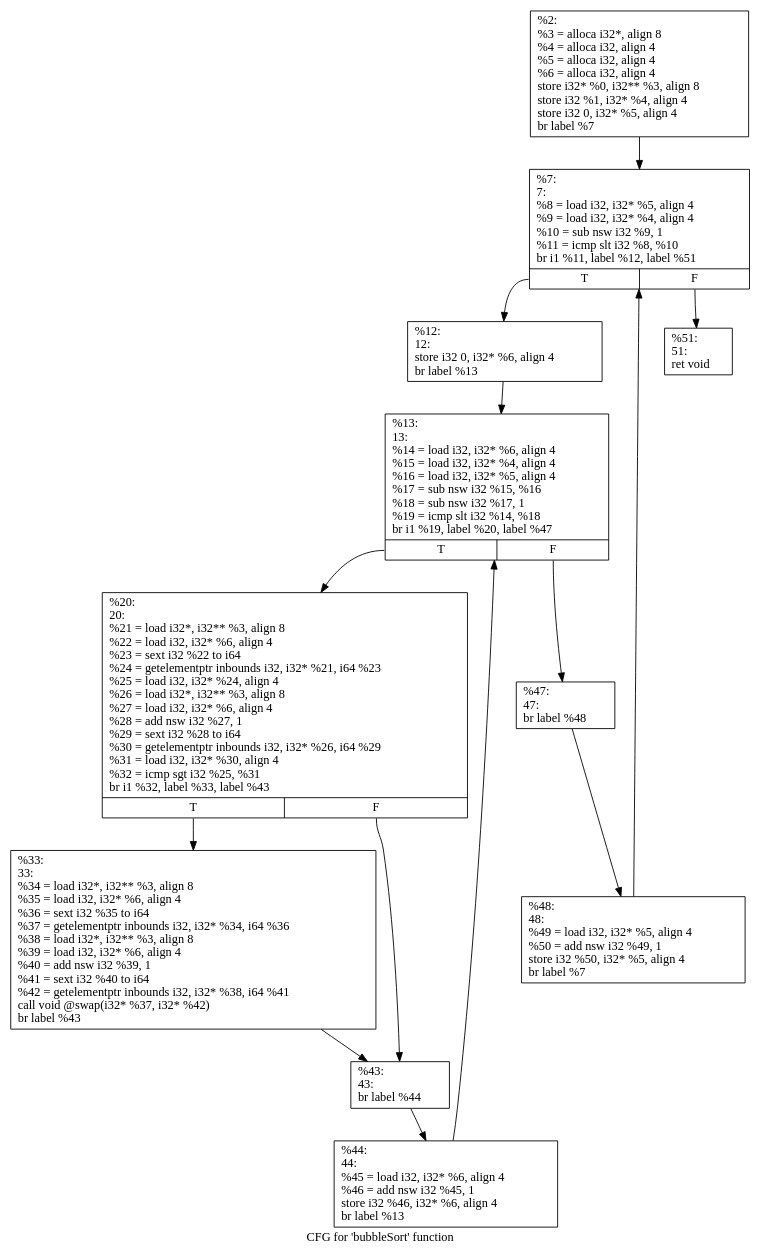
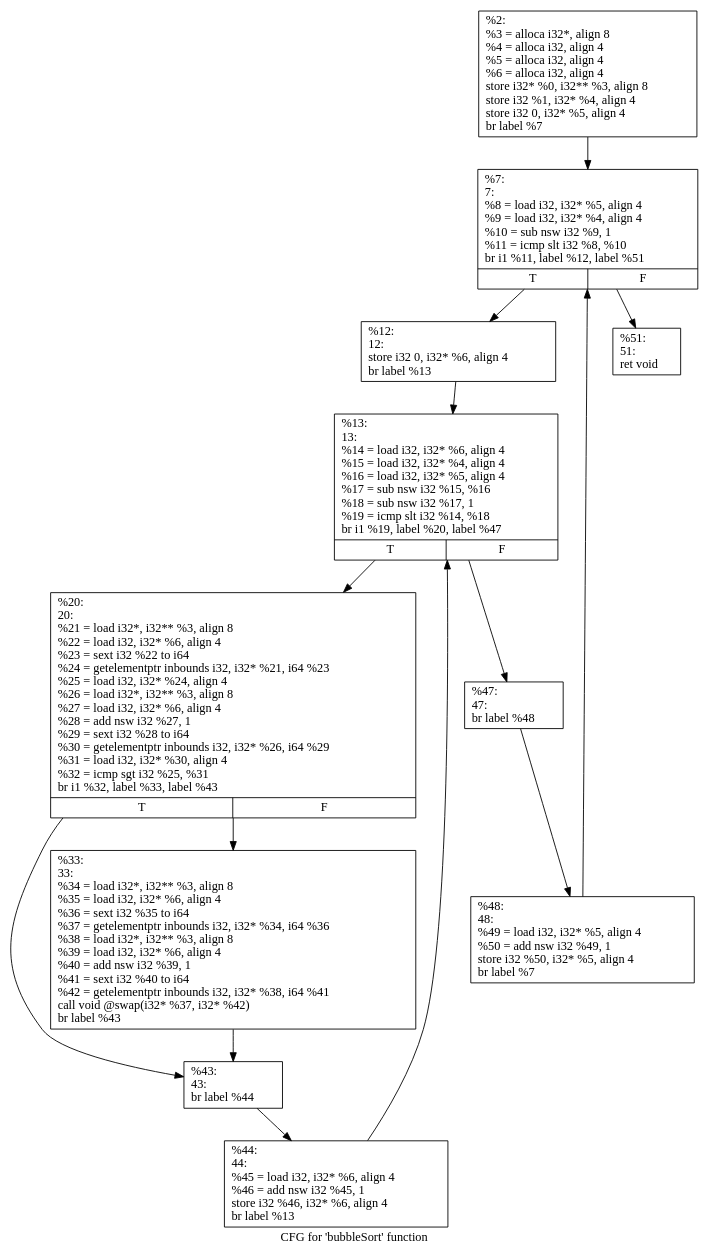
One commit to suraj-iitb/algorithm-identification changed the diagram in Control/.bubbleSort.dot. Above: the diagram before and after it, drawn with Graphviz. The commit also changed 3 other files, not shown here.

Commit message:
VCG & graphml

```diff
--- a/Control/.bubbleSort.dot
+++ b/Control/.bubbleSort.dot
@@ -1,28 +1,28 @@
 digraph "CFG for 'bubbleSort' function" {
 	label="CFG for 'bubbleSort' function";
 
 	Node0x62e79c0 [shape=record,label="{%2:\l  %3 = alloca i32*, align 8\l  %4 = alloca i32, align 4\l  %5 = alloca i32, align 4\l  %6 = alloca i32, align 4\l  store i32* %0, i32** %3, align 8\l  store i32 %1, i32* %4, align 4\l  store i32 0, i32* %5, align 4\l  br label %7\l}"];
 	Node0x62e79c0 -> Node0x62e7dd0;
 	Node0x62e7dd0 [shape=record,label="{%7:\l7:                                                \l  %8 = load i32, i32* %5, align 4\l  %9 = load i32, i32* %4, align 4\l  %10 = sub nsw i32 %9, 1\l  %11 = icmp slt i32 %8, %10\l  br i1 %11, label %12, label %51\l|{<s0>T|<s1>F}}"];
-	Node0x62e7dd0:s0 -> Node0x62e7b40;
-	Node0x62e7dd0:s1 -> Node0x62e8020;
+	Node0x62e7dd0 -> Node0x62e7b40;
+	Node0x62e7dd0 -> Node0x62e8020;
 	Node0x62e7b40 [shape=record,label="{%12:\l12:                                               \l  store i32 0, i32* %6, align 4\l  br label %13\l}"];
 	Node0x62e7b40 -> Node0x62e8130;
 	Node0x62e8130 [shape=record,label="{%13:\l13:                                               \l  %14 = load i32, i32* %6, align 4\l  %15 = load i32, i32* %4, align 4\l  %16 = load i32, i32* %5, align 4\l  %17 = sub nsw i32 %15, %16\l  %18 = sub nsw i32 %17, 1\l  %19 = icmp slt i32 %14, %18\l  br i1 %19, label %20, label %47\l|{<s0>T|<s1>F}}"];
-	Node0x62e8130:s0 -> Node0x62e8450;
-	Node0x62e8130:s1 -> Node0x62e84a0;
+	Node0x62e8130 -> Node0x62e8450;
+	Node0x62e8130 -> Node0x62e84a0;
 	Node0x62e8450 [shape=record,label="{%20:\l20:                                               \l  %21 = load i32*, i32** %3, align 8\l  %22 = load i32, i32* %6, align 4\l  %23 = sext i32 %22 to i64\l  %24 = getelementptr inbounds i32, i32* %21, i64 %23\l  %25 = load i32, i32* %24, align 4\l  %26 = load i32*, i32** %3, align 8\l  %27 = load i32, i32* %6, align 4\l  %28 = add nsw i32 %27, 1\l  %29 = sext i32 %28 to i64\l  %30 = getelementptr inbounds i32, i32* %26, i64 %29\l  %31 = load i32, i32* %30, align 4\l  %32 = icmp sgt i32 %25, %31\l  br i1 %32, label %33, label %43\l|{<s0>T|<s1>F}}"];
-	Node0x62e8450:s0 -> Node0x62e8c20;
-	Node0x62e8450:s1 -> Node0x62e8c70;
+	Node0x62e8450 -> Node0x62e8c20;
+	Node0x62e8450 -> Node0x62e8c70;
 	Node0x62e8c20 [shape=record,label="{%33:\l33:                                               \l  %34 = load i32*, i32** %3, align 8\l  %35 = load i32, i32* %6, align 4\l  %36 = sext i32 %35 to i64\l  %37 = getelementptr inbounds i32, i32* %34, i64 %36\l  %38 = load i32*, i32** %3, align 8\l  %39 = load i32, i32* %6, align 4\l  %40 = add nsw i32 %39, 1\l  %41 = sext i32 %40 to i64\l  %42 = getelementptr inbounds i32, i32* %38, i64 %41\l  call void @swap(i32* %37, i32* %42)\l  br label %43\l}"];
 	Node0x62e8c20 -> Node0x62e8c70;
 	Node0x62e8c70 [shape=record,label="{%43:\l43:                                               \l  br label %44\l}"];
 	Node0x62e8c70 -> Node0x62e9200;
 	Node0x62e9200 [shape=record,label="{%44:\l44:                                               \l  %45 = load i32, i32* %6, align 4\l  %46 = add nsw i32 %45, 1\l  store i32 %46, i32* %6, align 4\l  br label %13\l}"];
 	Node0x62e9200 -> Node0x62e8130;
 	Node0x62e84a0 [shape=record,label="{%47:\l47:                                               \l  br label %48\l}"];
 	Node0x62e84a0 -> Node0x62e9460;
 	Node0x62e9460 [shape=record,label="{%48:\l48:                                               \l  %49 = load i32, i32* %5, align 4\l  %50 = add nsw i32 %49, 1\l  store i32 %50, i32* %5, align 4\l  br label %7\l}"];
 	Node0x62e9460 -> Node0x62e7dd0;
 	Node0x62e8020 [shape=record,label="{%51:\l51:                                               \l  ret void\l}"];
 }
```
